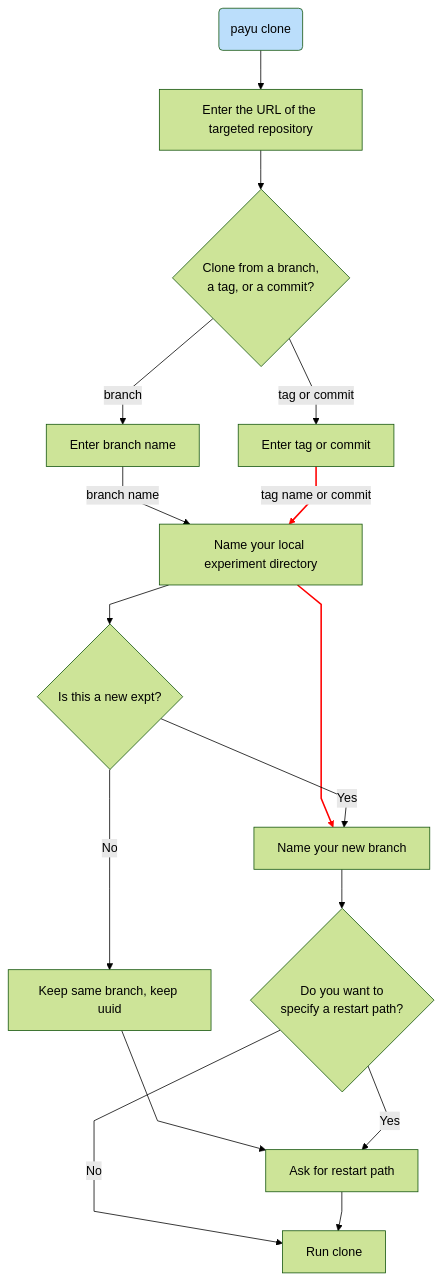
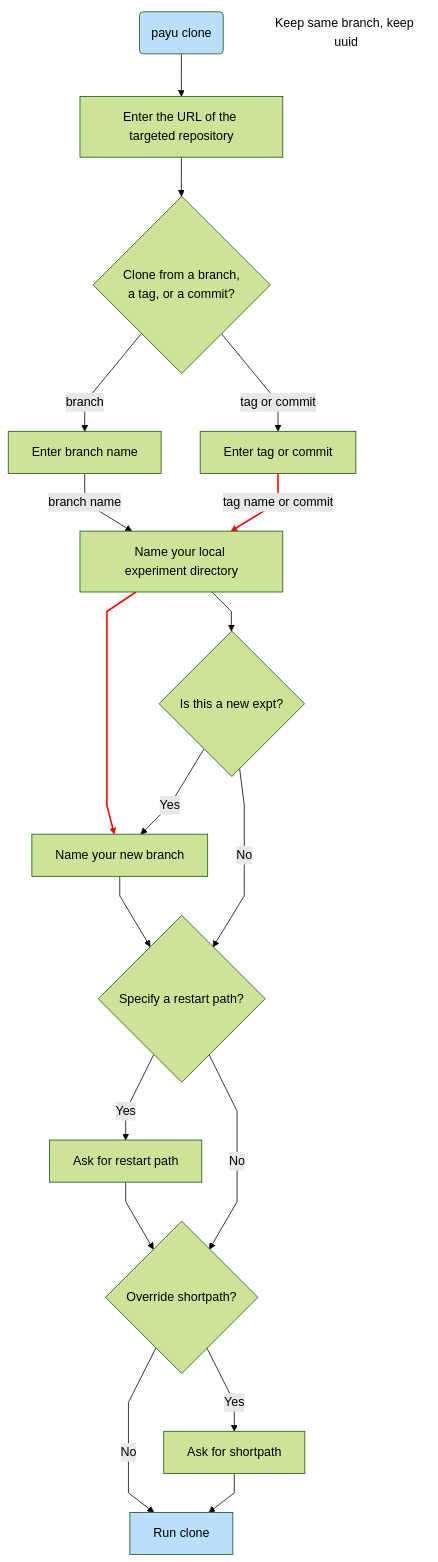
Before and after one commit to payu-org/payu: the diagram in docs/diagrams/payu_clone_flowchart.mmd, drawn with Mermaid. The commit also changed 9 other files, not shown here.

First line of the commit message:
Ask for shortpath and restart path in payu clone. (#814)

```diff
--- a/docs/diagrams/payu_clone_flowchart.mmd
+++ b/docs/diagrams/payu_clone_flowchart.mmd
@@ -1,36 +1,43 @@
 ---
 config:
   flowchart:
     curve: linear
   theme: forest
   look: classic
   layout: fixed
 ---
 flowchart TB
     Start("payu clone") L_Start_URL_0@--> URL["Enter the URL of the targeted repository"]
     URL L_URL_Choice_0@--> Choice{"Clone from a branch,<br>a tag, or a commit?"}
     Choice -- branch --> Branch["Enter branch name"]
     Choice -- tag or commit --> Tag["Enter tag or commit"]
     Branch L_Branch_LocalDir_0@-- branch name --> LocalDir["Name your local experiment directory"]
     Tag -- tag name or commit --> LocalDir
     LocalDir L_LocalDir_NameNewBranch_0@--> NameNewBranch["Name your new branch"] & NewExpt{"Is this a new expt?"}
-    NewExpt -- No --> KeepBranch["Keep same branch, keep uuid"]
-    KeepBranch L_KeepBranch_RestartPath_0@--> RestartPath["Ask for restart path"]
-    NameNewBranch --> RestartCheck{"Do you want to <br>specify a restart path?"}
+    NameNewBranch --> RestartCheck{"Specify a restart path?"}
+    RestartPath["Ask for restart path"] --> Run["Override shortpath?"]
+    NewExpt -- Yes --> NameNewBranch
+    RestartCheck L_RestartCheck_Run_0@-- No --> Run
+    Run -- No --> n1["Run clone"]
+    NewExpt -- No --> RestartCheck
     RestartCheck L_RestartCheck_RestartPath_0@-- Yes --> RestartPath
-    RestartCheck L_RestartCheck_Run_0@-- No --> Run["Run clone"]
-    RestartPath --> Run
-    NewExpt -- Yes --> NameNewBranch
+    Run -- Yes --> n3["Ask for shortpath"]
+    n3 --> n1
+    n2@{ label: "<span style=\"text-wrap-mode:\">Keep same branch, keep uuid</span>" }
 
+    Run@{ shape: diam}
+    n1@{ shape: rect}
+    n3@{ shape: rect}
+    n2@{ shape: text}
     style Start fill:#BBDEFB
+    style n1 fill:#BBDEFB
     linkStyle 5 stroke:#ff0000,stroke-width:2px,fill:none
     linkStyle 6 stroke:#ff0000,stroke-width:2px,fill:none
 
     L_Start_URL_0@{ curve: linear } 
     L_URL_Choice_0@{ curve: linear } 
     L_Branch_LocalDir_0@{ curve: linear } 
     L_LocalDir_NameNewBranch_0@{ curve: linear } 
     L_LocalDir_NewExpt_0@{ curve: linear } 
-    L_KeepBranch_RestartPath_0@{ curve: linear } 
-    L_RestartCheck_RestartPath_0@{ curve: linear } 
-    L_RestartCheck_Run_0@{ curve: linear }
+    L_RestartCheck_Run_0@{ curve: linear } 
+    L_RestartCheck_RestartPath_0@{ curve: linear }
```
